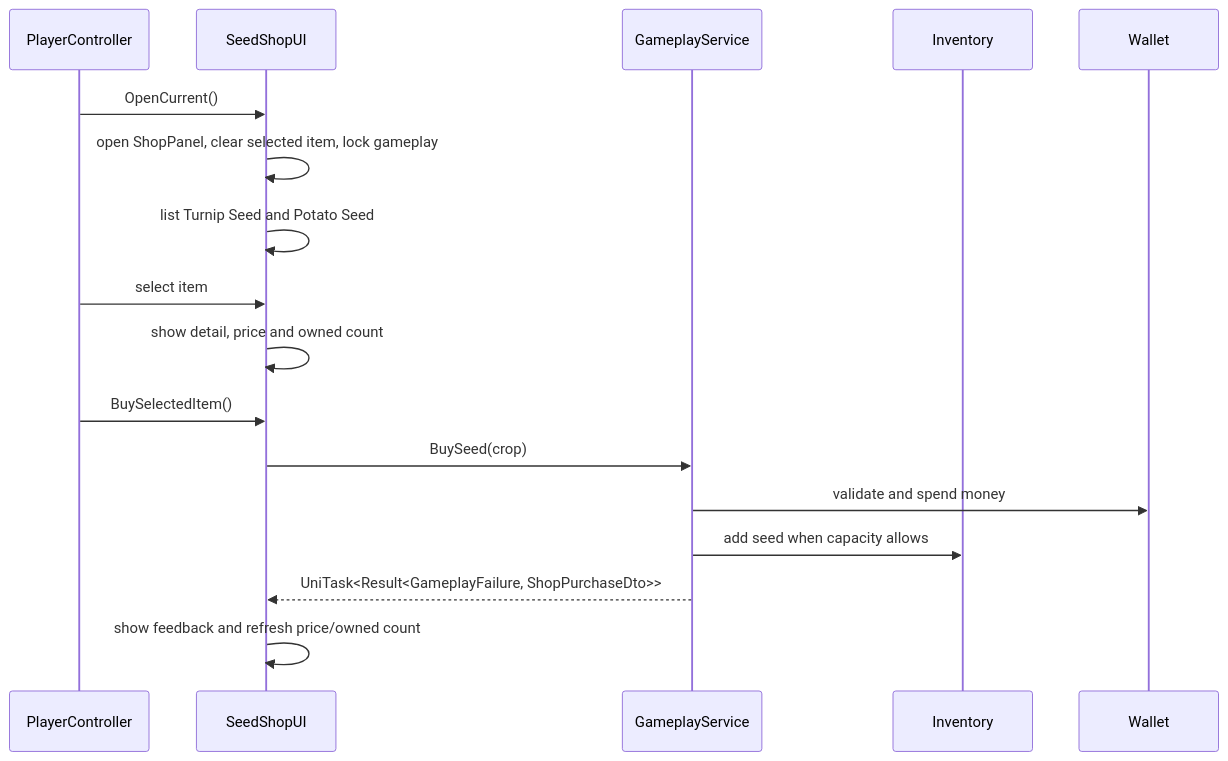
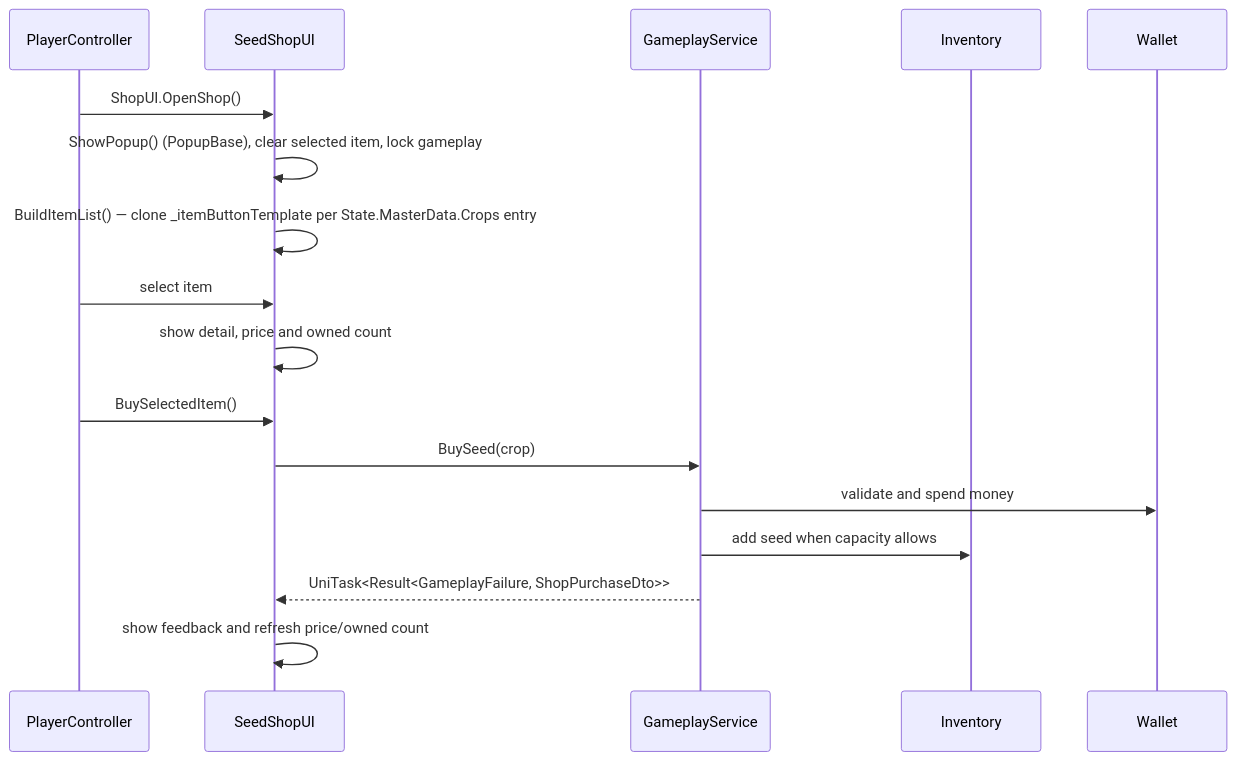
One commit to Phan-Phu/Prorotype_03 changed the fourth of 4 diagrams in ARCHITECTURE_FLOW.md. Above: the diagram before and after it, drawn with Mermaid. The commit also changed other lines of this file and 39 other files, not shown here.

````diff
--- a/ARCHITECTURE_FLOW.md
+++ b/ARCHITECTURE_FLOW.md
@@ -260,20 +282,20 @@
 ```mermaid
 sequenceDiagram
     participant P as PlayerController
     participant V as SeedShopUI
     participant D as GameplayService
     participant I as Inventory
     participant W as Wallet
 
-    P->>V: OpenCurrent()
-    V->>V: open ShopPanel, clear selected item, lock gameplay
-    V->>V: list Turnip Seed and Potato Seed
+    P->>V: ShopUI.OpenShop()
+    V->>V: ShowPopup() (PopupBase), clear selected item, lock gameplay
+    V->>V: BuildItemList() — clone _itemButtonTemplate per State.MasterData.Crops entry
     P->>V: select item
     V->>V: show detail, price and owned count
     P->>V: BuySelectedItem()
     V->>D: BuySeed(crop)
     D->>W: validate and spend money
     D->>I: add seed when capacity allows
     D-->>V: UniTask<Result<GameplayFailure, ShopPurchaseDto>>
     V->>V: show feedback and refresh price/owned count
 ```
````
